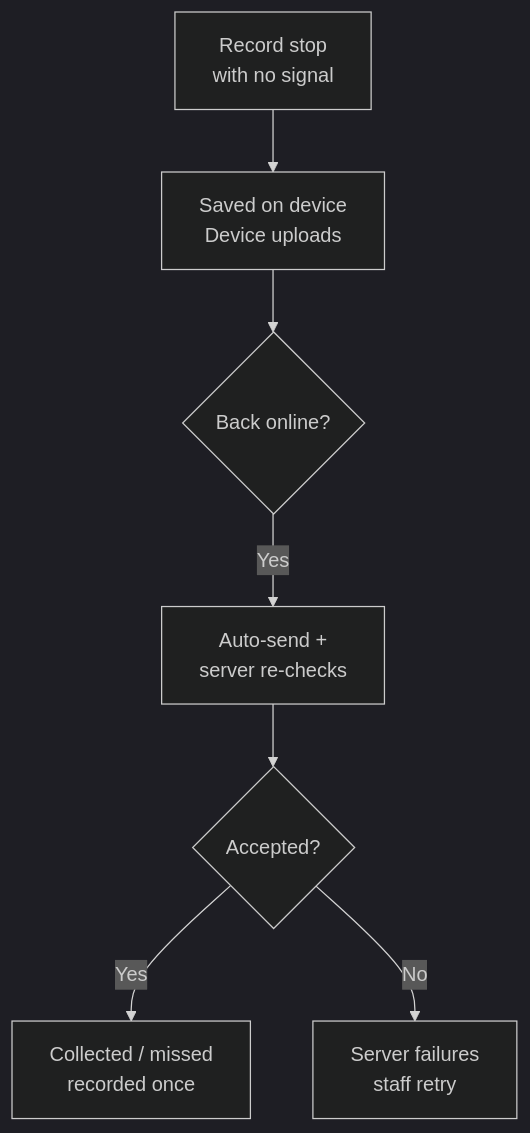
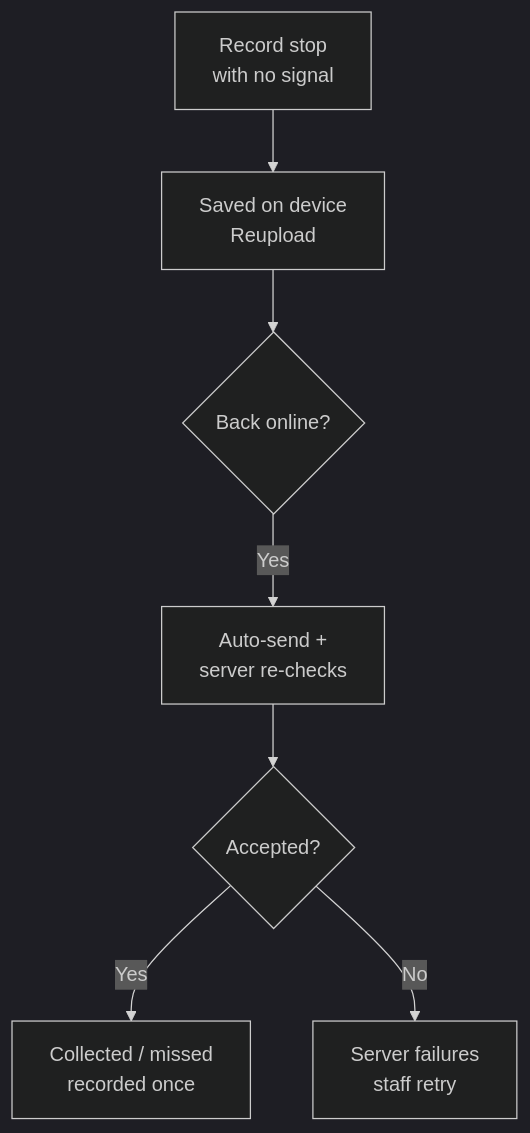
One commit to DoozieSoftware/cip changed the diagram in docs/user-guide/phase-4-offline.md. Above: the diagram before and after it, drawn with Mermaid (dark theme). The commit also changed other lines of this file and 99 other files, not shown here.

````diff
--- a/docs/user-guide/phase-4-offline.md
+++ b/docs/user-guide/phase-4-offline.md
@@ -19,9 +19,9 @@
 ```mermaid
 flowchart TD
-    A[Record stop<br/>with no signal] --> B[Saved on device<br/>Device uploads]
+    A[Record stop<br/>with no signal] --> B[Saved on device<br/>Reupload]
     B --> C{Back online?}
     C -->|Yes| D[Auto-send +<br/>server re-checks]
     D --> E{Accepted?}
     E -->|Yes| F[Collected / missed<br/>recorded once]
     E -->|No| G[Server failures<br/>staff retry]
 ```
````
